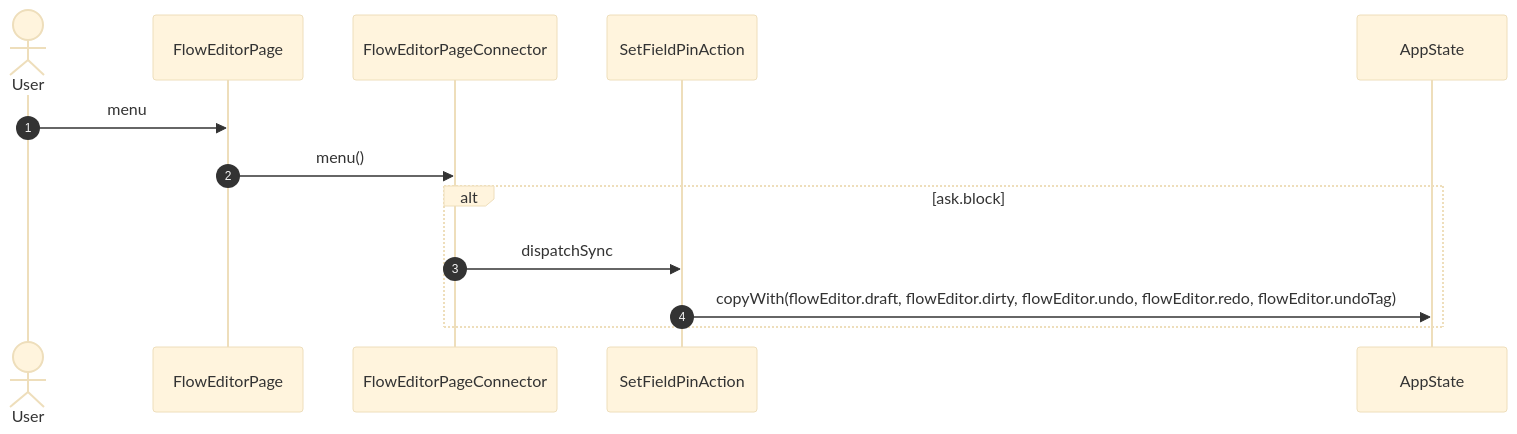
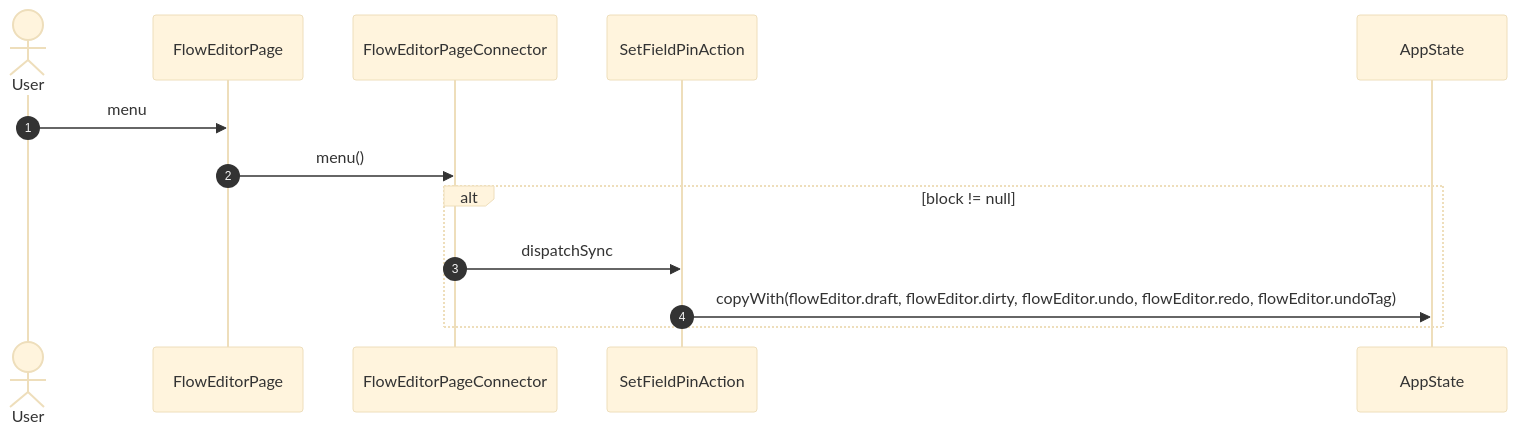
Before and after one commit to gencto/wyrm: diagram 21 of 31 in studio/docs/flows/flowEditor.md, drawn with Mermaid (base theme). The commit also changed other lines of this file and 28 other files, not shown here.

````diff
--- a/studio/docs/flows/flowEditor.md
+++ b/studio/docs/flows/flowEditor.md
@@ -455,16 +370,16 @@
 ```mermaid
 sequenceDiagram
     autonumber
     actor User
     participant UI as FlowEditorPage
     participant VM as FlowEditorPageConnector
     participant A1 as SetFieldPinAction
     participant ST as AppState
 
     User->>UI: menu
     UI->>VM: menu()
-    alt ask.block
+    alt block != null
         VM->>A1: dispatchSync
         A1->>ST: copyWith(flowEditor.draft, flowEditor.dirty, flowEditor.undo, flowEditor.redo, flowEditor.undoTag)
     end
 ```
````
